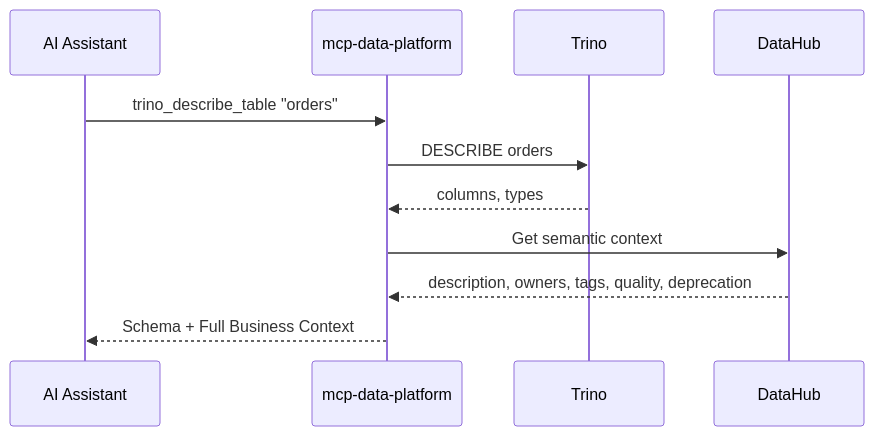
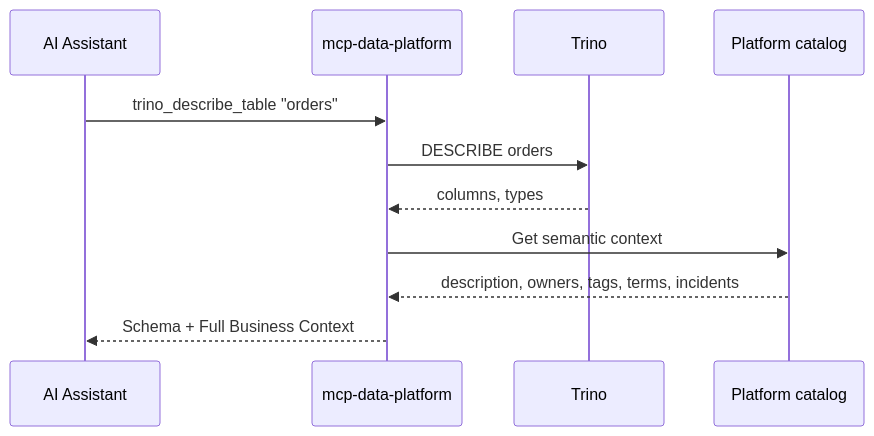
The diagram in README.md (txn2/mcp-data-platform), drawn with Mermaid before and after one commit. The commit also changed other lines of this file and 746 other files, not shown here.

First line of the commit message:
feat(catalog): portal catalog, search/fetch reads, DataHub removed (#1916) (#2123)

````diff
--- a/README.md
+++ b/README.md
@@ -75,14 +72,14 @@
 ```mermaid
 sequenceDiagram
     participant AI as AI Assistant
     participant P as mcp-data-platform
     participant T as Trino
-    participant D as DataHub
+    participant C as Platform catalog
 
     AI->>P: trino_describe_table "orders"
     P->>T: DESCRIBE orders
     T-->>P: columns, types
-    P->>D: Get semantic context
-    D-->>P: description, owners, tags, quality, deprecation
+    P->>C: Get semantic context
+    C-->>P: description, owners, tags, terms, incidents
     P-->>AI: Schema + Full Business Context
 ```
````
